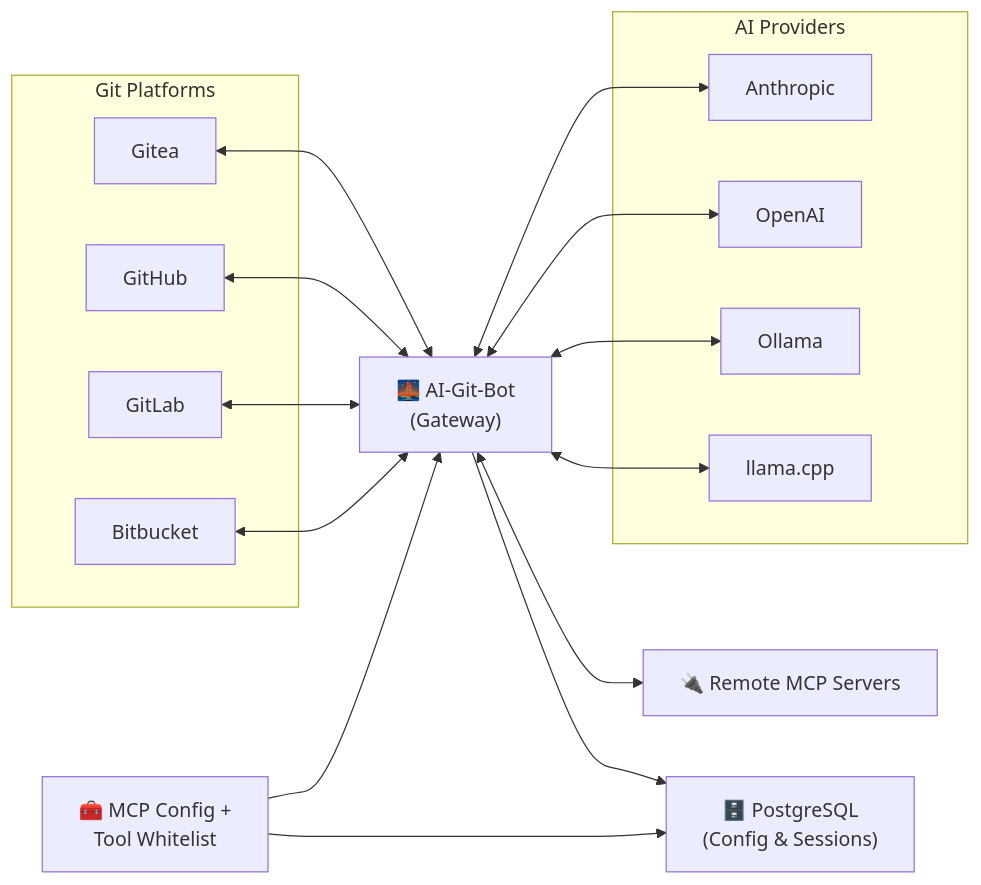
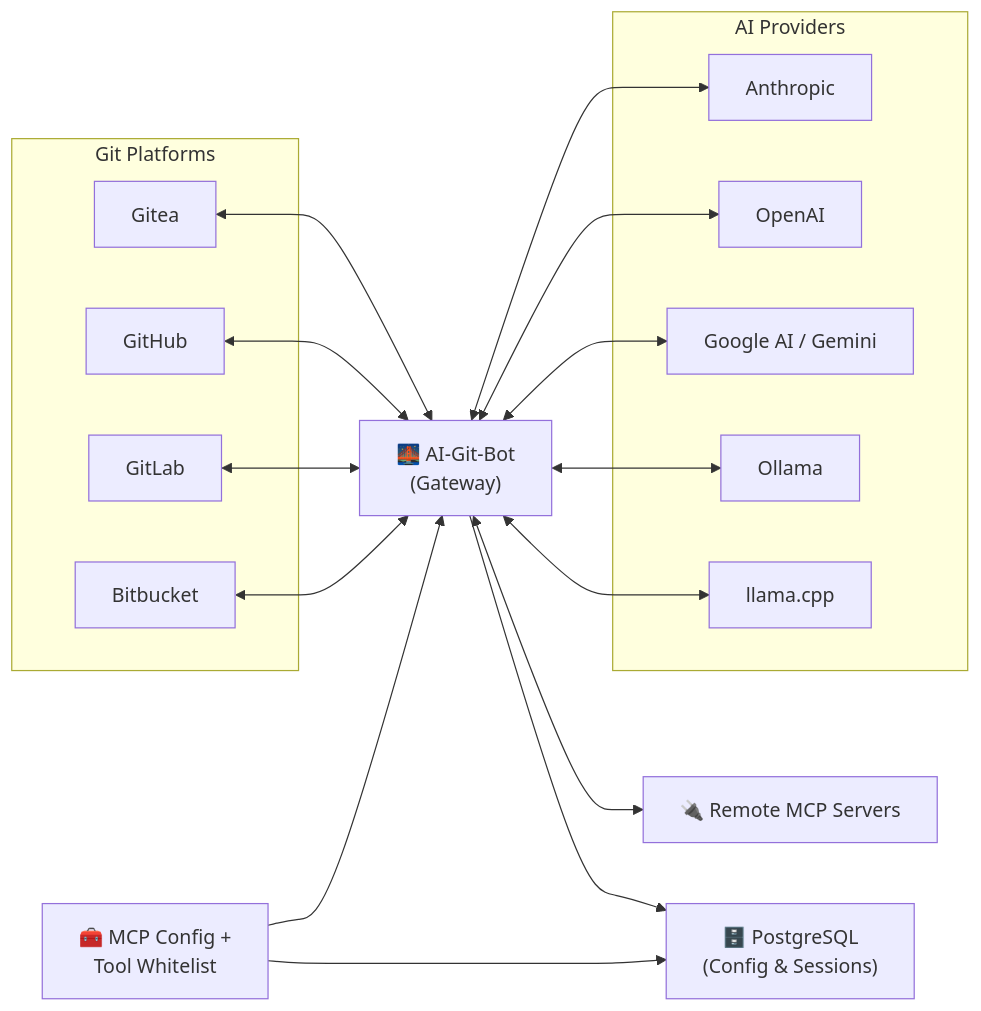
The first of 2 diagrams in README.md (rmie/ai-git-bot), drawn with Mermaid before and after one commit. The commit also changed other lines of this file and 1 other file, not shown here.

Commit message:
agent: implement #101 - Gemini-AI-integration in the documentation missing

````diff
--- a/README.md
+++ b/README.md
@@ -46,34 +46,36 @@
 ```mermaid
 graph LR
     subgraph Git Platforms
         Gitea
         GitHub
         GitLab
         Bitbucket
     end
 
     subgraph AI Providers
         Anthropic
         OpenAI
+        GoogleAI[Google AI / Gemini]
         Ollama
         llama.cpp
     end
 
     Gateway["🌉 AI-Git-Bot\n(Gateway)"]
     DB["🗄️ PostgreSQL\n(Config & Sessions)"]
     MCPServers["🔌 Remote MCP Servers"]
     MCPConfig["🧰 MCP Config +\nTool Whitelist"]
 
     Gitea <--> Gateway
     GitHub <--> Gateway
     GitLab <--> Gateway
     Bitbucket <--> Gateway
     Gateway <--> Anthropic
     Gateway <--> OpenAI
+    Gateway <--> GoogleAI
     Gateway <--> Ollama
     Gateway <--> llama.cpp
     Gateway <--> MCPServers
     MCPConfig --> Gateway
     MCPConfig --> DB
     Gateway --> DB
 ```
````
